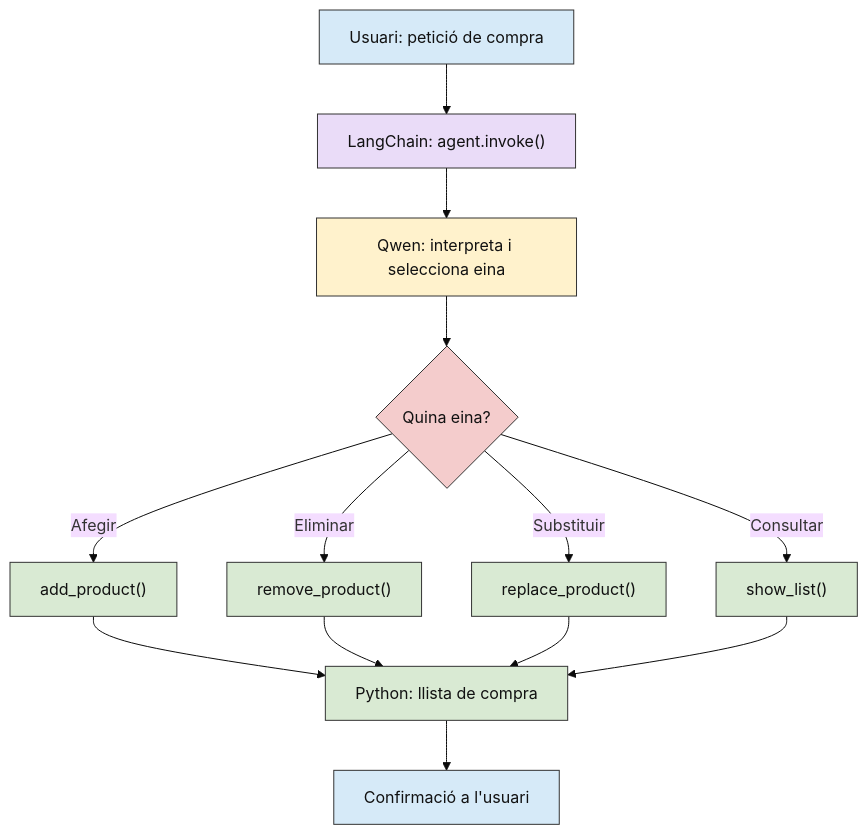
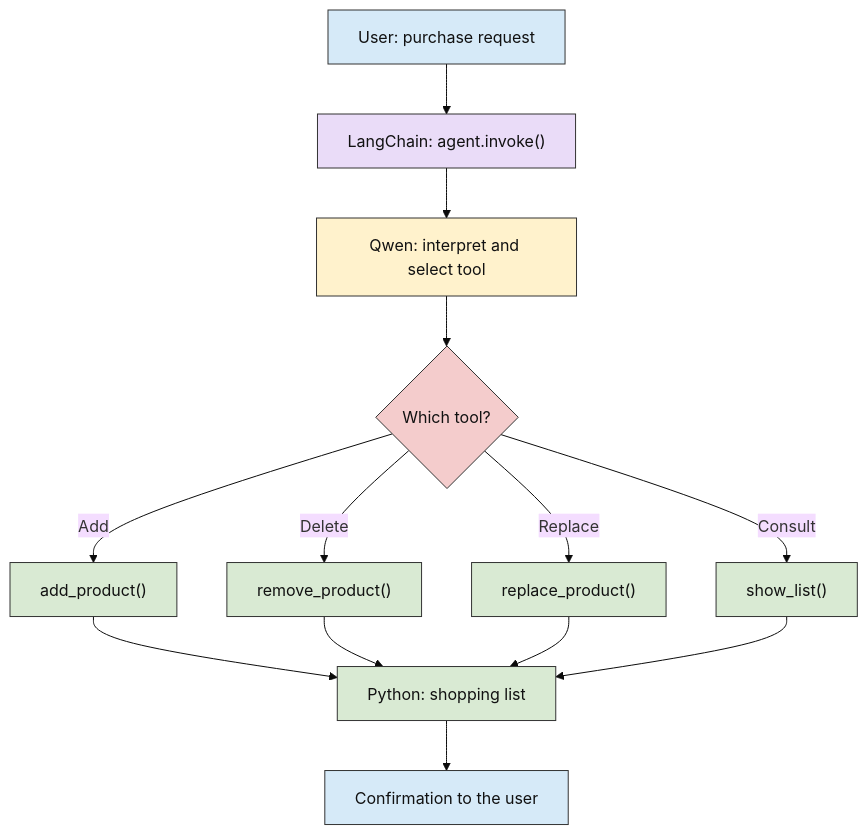
The seventh of 15 diagrams in AI_Observability/docs/08_examples.md (eetac/Visual_tools_for_AI), drawn with Mermaid (base theme) before and after one commit. The commit also changed other lines of this file and 31 other files, not shown here.

````diff
--- a/AI_Observability/docs/08_examples.md
+++ b/AI_Observability/docs/08_examples.md
@@ -635,27 +635,27 @@
 ```mermaid
 flowchart TD
-    U["Usuari: petició de compra"] --> A["LangChain: agent.invoke()"]
-    A --> L["Qwen: interpreta i selecciona eina"]
-    L --> D{"Quina eina?"}
-    D -->|Afegir| AD["add_product()"]
-    D -->|Eliminar| RM["remove_product()"]
-    D -->|Substituir| RP["replace_product()"]
-    D -->|Consultar| SH["show_list()"]
-    AD --> P["Python: llista de compra"]
+    U["User: purchase request"] --> A["LangChain: agent.invoke()"]
+    A --> L["Qwen: interpret and select tool"]
+    L --> D{"Which tool?"}
+    D -->|Add| AD["add_product()"]
+    D -->|Delete| RM["remove_product()"]
+    D -->|Replace| RP["replace_product()"]
+    D -->|Consult| SH["show_list()"]
+    AD --> P["Python: shopping list"]
     RM --> P
     RP --> P
     SH --> P
-    P --> F["Confirmació a l'usuari"]
+    P --> F["Confirmation to the user"]
     class U,F entrada
     class A servei
     class L llm
     class D decisio
     class AD,RM,RP,SH,P python
     classDef entrada fill:#D6EAF8,stroke:#333333,color:#111111
     classDef llm fill:#FFF2CC,stroke:#333333,color:#111111
     classDef python fill:#D9EAD3,stroke:#333333,color:#111111
     classDef decisio fill:#F4CCCC,stroke:#333333,color:#111111
     classDef servei fill:#EADCF8,stroke:#333333,color:#111111
     classDef agent fill:#FCE5CD,stroke:#333333,color:#111111
     classDef opik fill:#F5F5F5,stroke:#333333,color:#111111
 ```
````
